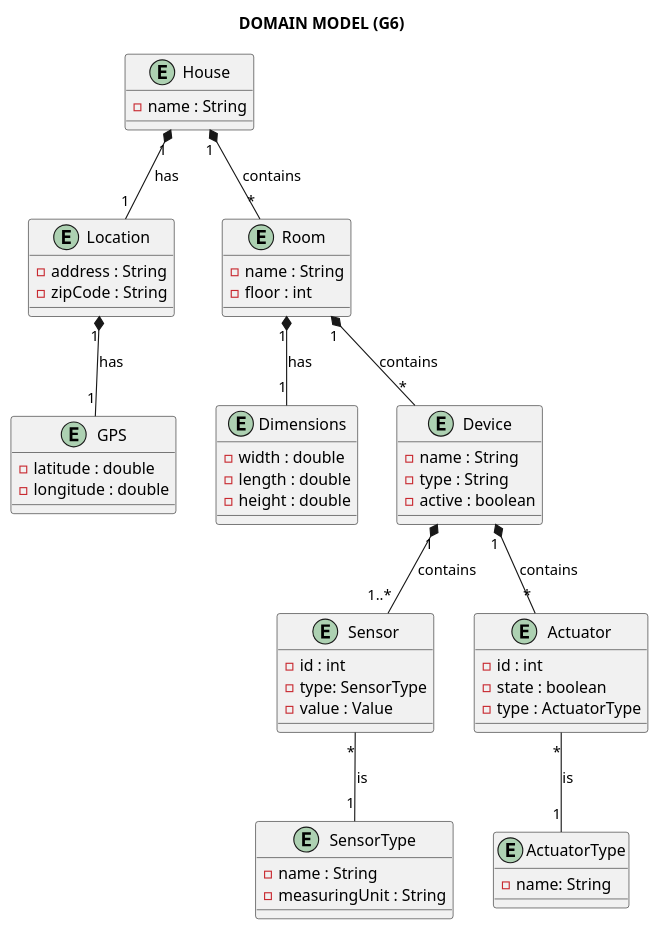
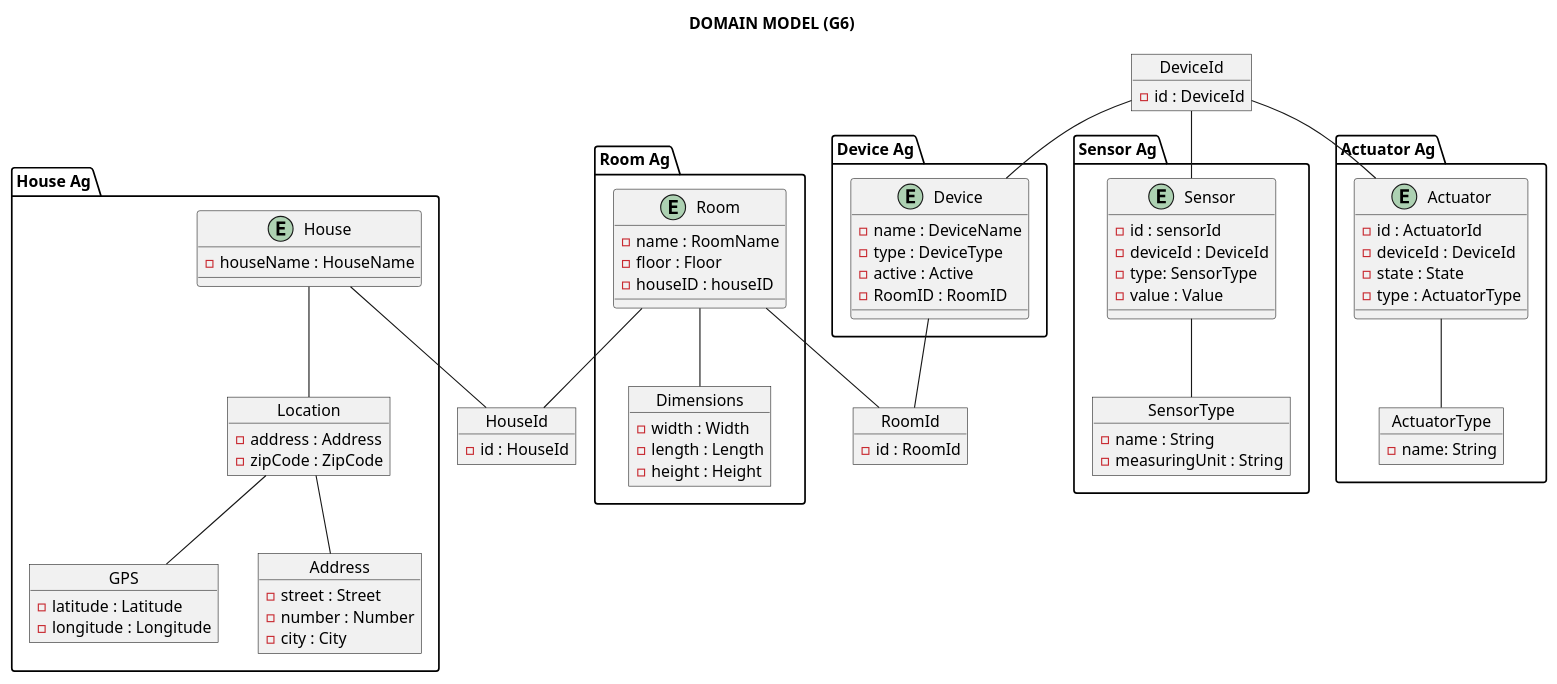
One commit to ozepedrorodrigues/projetoIntermedio changed the diagram in docs/domain/Domain.puml. Above: the diagram before and after it, drawn with PlantUML. The commit also changed 1 other file, not shown here.

```diff
--- a/docs/domain/Domain.puml
+++ b/docs/domain/Domain.puml
@@ -1,68 +1,110 @@
 @startuml
 
 title DOMAIN MODEL (G6)
 
+package "House Ag." {
 entity House {
-- name : String
+- houseName : HouseName
+}
+Object Location {
+- address : Address
+- zipCode : ZipCode
+}
+Object GPS {
+- latitude : Latitude
+- longitude : Longitude
+}
+object Address {
+- street : Street
+- number : Number
+- city : City
+}
 }
 
-entity Location {
-- address : String
-- zipCode : String
+
+object HouseId {
+- id : HouseId
 }
 
-entity GPS {
-- latitude : double
-- longitude : double
+package "Room Ag" {
+entity Room {
+- name : RoomName
+- floor : Floor
+- houseID : houseID
+}
+object Dimensions {
+- width : Width
+- length : Length
+- height : Height
+}
 }
 
-entity Room {
-- name : String
-- floor : int
+object RoomId {
+- id : RoomId
 }
 
-entity Dimensions {
-- width : double
-- length : double
-- height : double
+
+package "Device Ag" {
+entity Device {
+- name : DeviceName
+- type : DeviceType
+- active : Active
+- RoomID : RoomID
+}
 }
 
-entity Device {
-- name : String
-- type : String
-- active : boolean
+
+object DeviceId {
+- id : DeviceId
 }
 
+
+package "Sensor Ag" {
 entity Sensor {
-- id : int
+- id : sensorId
+- deviceId : DeviceId
 - type: SensorType
 - value : Value
 }
-
-entity Actuator {
-- id : int
-- state : boolean
-- type : ActuatorType
-}
-
-entity SensorType {
+Object SensorType {
 - name : String
 - measuringUnit : String
 }
+}
 
-entity ActuatorType {
+package "Actuator Ag" {
+entity Actuator {
+- id : ActuatorId
+- deviceId : DeviceId
+- state : State
+- type : ActuatorType
+}
+Object ActuatorType {
 - name: String
 }
+}
+
+House --  HouseId
+Room -- HouseId
+DeviceId -- Device
+DeviceId -- Sensor
+DeviceId -- Actuator
+Device -- RoomId
+Room -- RoomId
+
+House -- Location
+Location -- Address
+Location -- GPS
+
+Room -- Dimensions
+
+Sensor -- SensorType
+
+Actuator -- ActuatorType
 
 
-House "1" *-- "*" Room : contains
-House "1" *-- "1" Location : has
-Location "1" *-- "1" GPS : has
-Room "1" *-- "*" Device : contains
-Room "1" *-- "1" Dimensions : has
-Device "1" *-- "1..*" Sensor :  contains
-Device "1" *-- "*" Actuator : contains
-Sensor "*" -- "1" SensorType :  is
-Actuator "*" -- "1" ActuatorType : is
+
+
+
 
 @enduml
```
